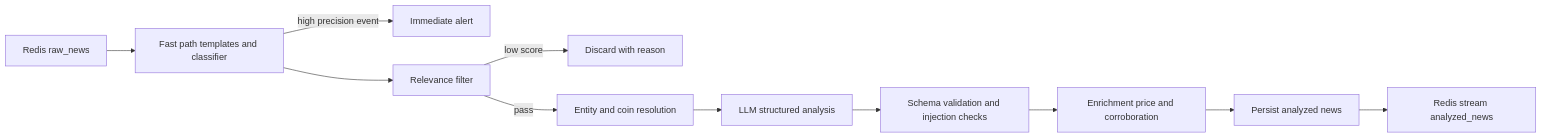
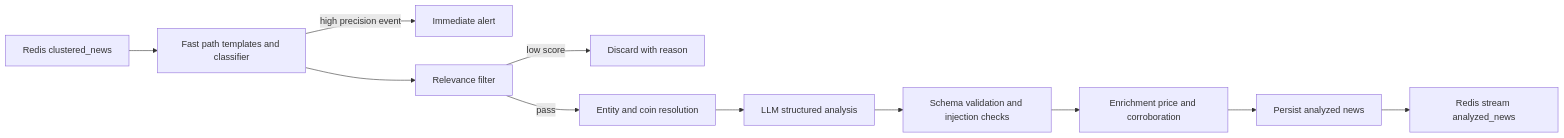
One commit to mmshamlurad404-netizen/newstrade1 changed the diagram in docs/03-phase-2-analysis-and-signals.md. Above: the diagram before and after it, drawn with Mermaid. The commit also changed 25 other files, not shown here.

````diff
--- a/docs/03-phase-2-analysis-and-signals.md
+++ b/docs/03-phase-2-analysis-and-signals.md
@@ -8,13 +8,13 @@
 ```mermaid
 flowchart LR
-    RAW["Redis raw_news"] --> FAST["Fast path templates and classifier"]
+    RAW["Redis clustered_news"] --> FAST["Fast path templates and classifier"]
     FAST -->|"high precision event"| ALERT["Immediate alert"]
     FAST --> FILT["Relevance filter"]
     FILT -->|"low score"| DROP["Discard with reason"]
     FILT -->|"pass"| ENT["Entity and coin resolution"]
     ENT --> LLM["LLM structured analysis"]
     LLM --> VAL["Schema validation and injection checks"]
     VAL --> ENRICH["Enrichment price and corroboration"]
     ENRICH --> SAVE["Persist analyzed news"]
     SAVE --> SIGQ["Redis stream analyzed_news"]
 ```
````
